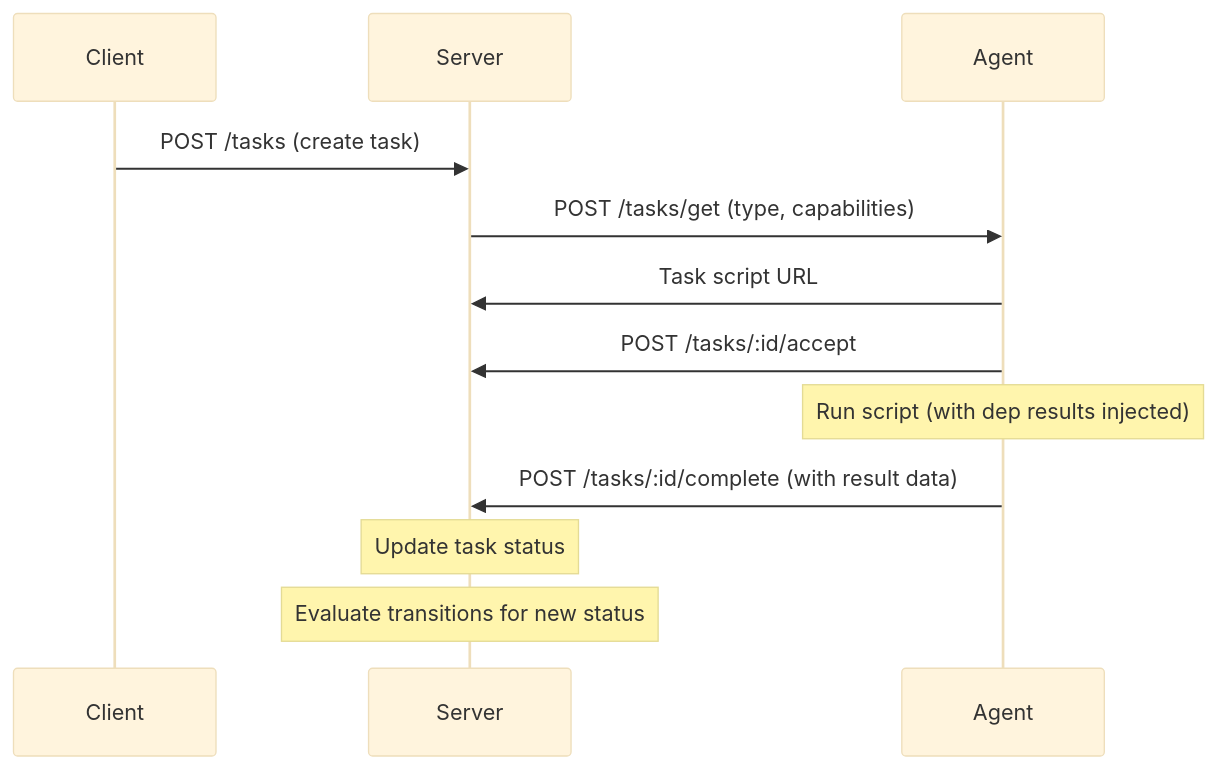
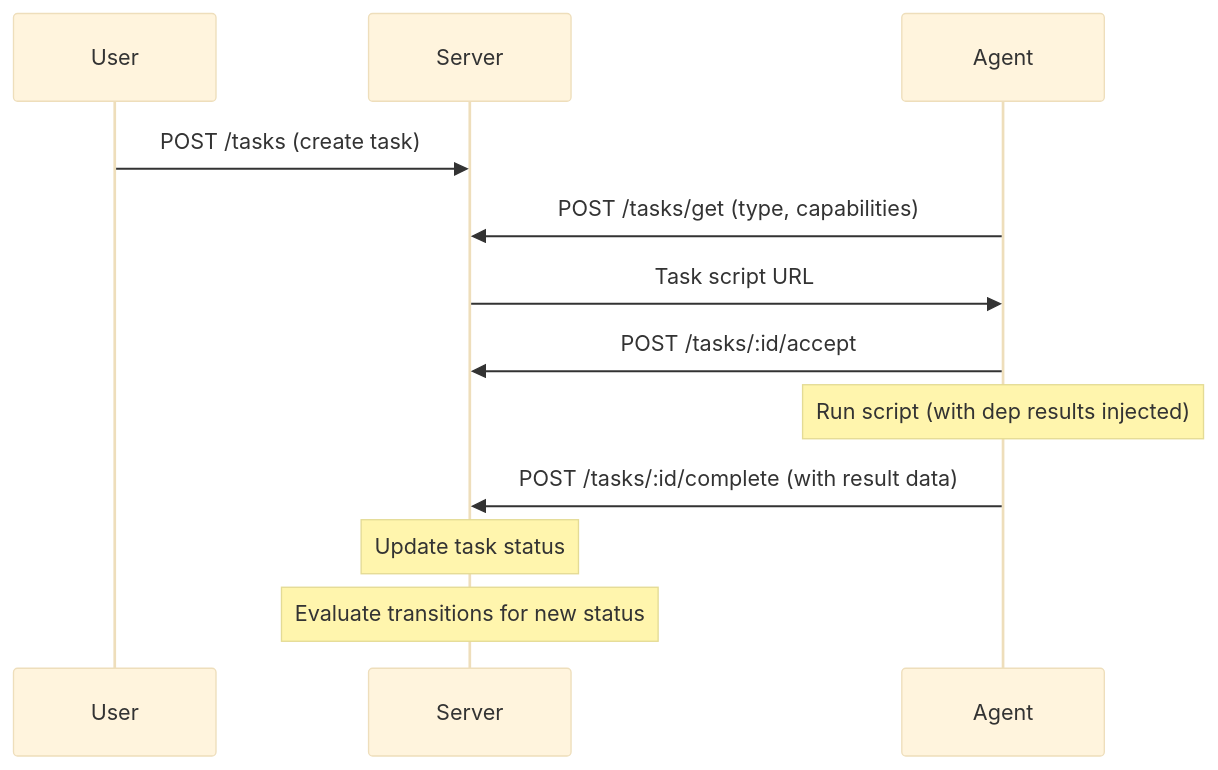
The first of 4 diagrams in README.md (jorisvddonk/sheetbot), drawn with Mermaid (base theme) before and after one commit.

Commit message:
fix sequence diagram in readme

````diff
--- a/README.md
+++ b/README.md
@@ -67,15 +67,15 @@
 ```mermaid
 sequenceDiagram
-    participant Client
+    participant User
     participant Server
     participant Agent
 
-    Client->>Server: POST /tasks (create task)
-    Server->>Agent: POST /tasks/get (type, capabilities)
-    Agent->>Server: Task script URL
+    User->>Server: POST /tasks (create task)
+    Agent->>Server: POST /tasks/get (type, capabilities)
+    Server->>Agent: Task script URL
     Agent->>Server: POST /tasks/:id/accept
     Note over Agent: Run script (with dep results injected)
     Agent->>Server: POST /tasks/:id/complete (with result data)
     Note over Server: Update task status
     Note over Server: Evaluate transitions for new status
 ```
````
